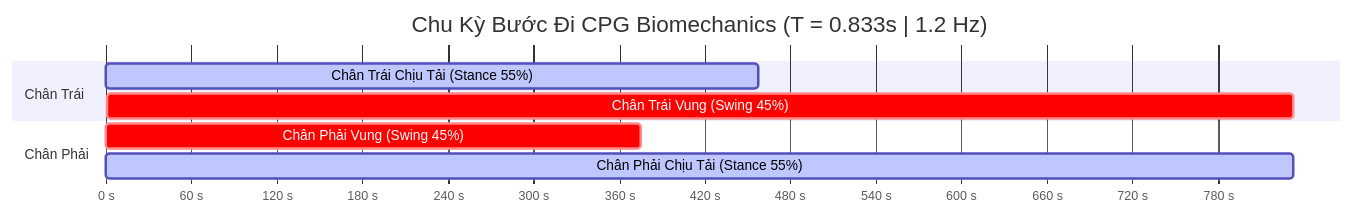
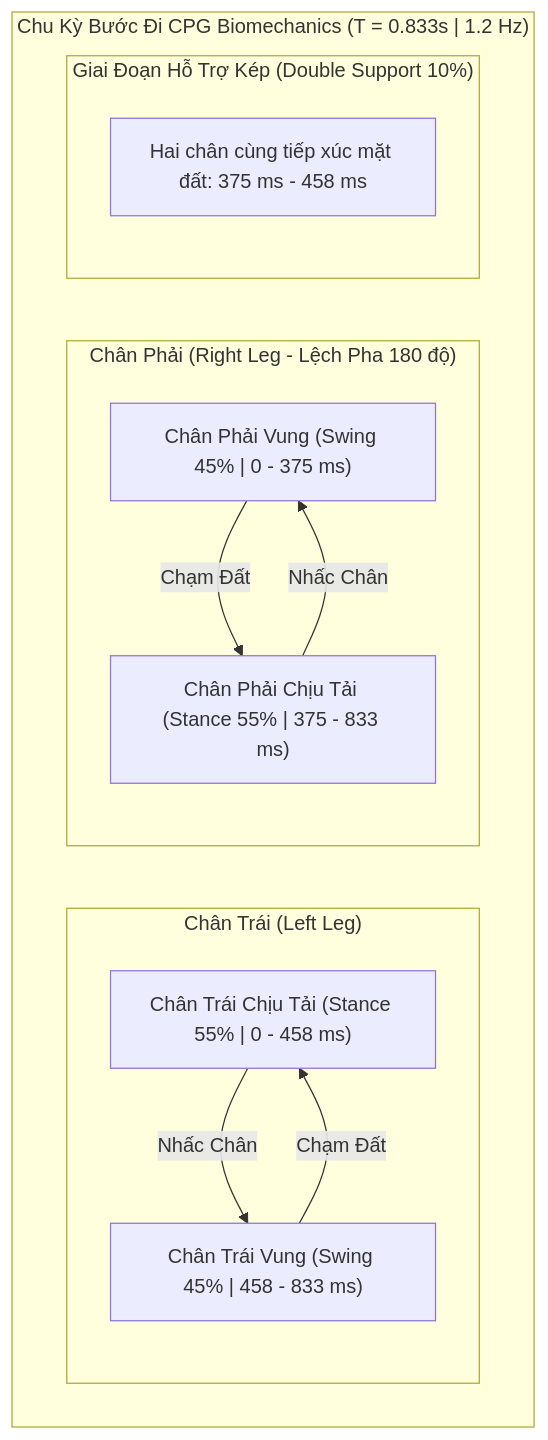
The second of 2 diagrams in docx/04_KAGGLE_DUAL_GPU_TRAINING_AND_DEPLOYMENT_SOP.md (tranvanmanh9325/medical-science), drawn with Mermaid before and after one commit. The commit also changed other lines of this file and 10 other files, not shown here.

````diff
--- a/docx/04_KAGGLE_DUAL_GPU_TRAINING_AND_DEPLOYMENT_SOP.md
+++ b/docx/04_KAGGLE_DUAL_GPU_TRAINING_AND_DEPLOYMENT_SOP.md
@@ -248,14 +252,22 @@
 ```mermaid
-gantt
-    title Chu Kỳ Bước Đi CPG Biomechanics (T = 0.833s | 1.2 Hz)
-    dateFormat X
-    axisFormat %s s
+flowchart TD
+    subgraph CPG["Chu Kỳ Bước Đi CPG Biomechanics (T = 0.833s | 1.2 Hz)"]
+        subgraph LeftLeg["Chân Trái (Left Leg)"]
+            L_Stance["Chân Trái Chịu Tải (Stance 55% | 0 - 458 ms)"]
+            L_Swing["Chân Trái Vung (Swing 45% | 458 - 833 ms)"]
+            L_Stance -->|Nhấc Chân| L_Swing
+            L_Swing -->|Chạm Đất| L_Stance
+        end
 
-    section Chân Trái
-    Chân Trái Chịu Tải (Stance 55%)   :active, 0, 458
-    Chân Trái Vung (Swing 45%)        :crit, 458, 833
+        subgraph RightLeg["Chân Phải (Right Leg - Lệch Pha 180 độ)"]
+            R_Swing["Chân Phải Vung (Swing 45% | 0 - 375 ms)"]
+            R_Stance["Chân Phải Chịu Tải (Stance 55% | 375 - 833 ms)"]
+            R_Swing -->|Chạm Đất| R_Stance
+            R_Stance -->|Nhấc Chân| R_Swing
+        end
 
-    section Chân Phải
-    Chân Phải Vung (Swing 45%)        :crit, 0, 375
-    Chân Phải Chịu Tải (Stance 55%)   :active, 375, 833
+        subgraph DoubleSupport["Giai Đoạn Hỗ Trợ Kép (Double Support 10%)"]
+            DS["Hai chân cùng tiếp xúc mặt đất: 375 ms - 458 ms"]
+        end
+    end
 ```
````
